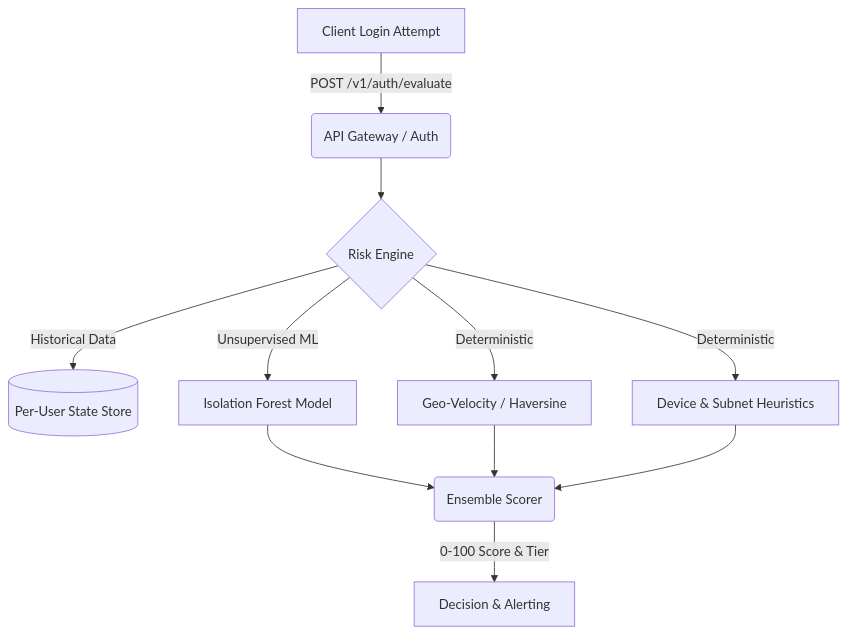
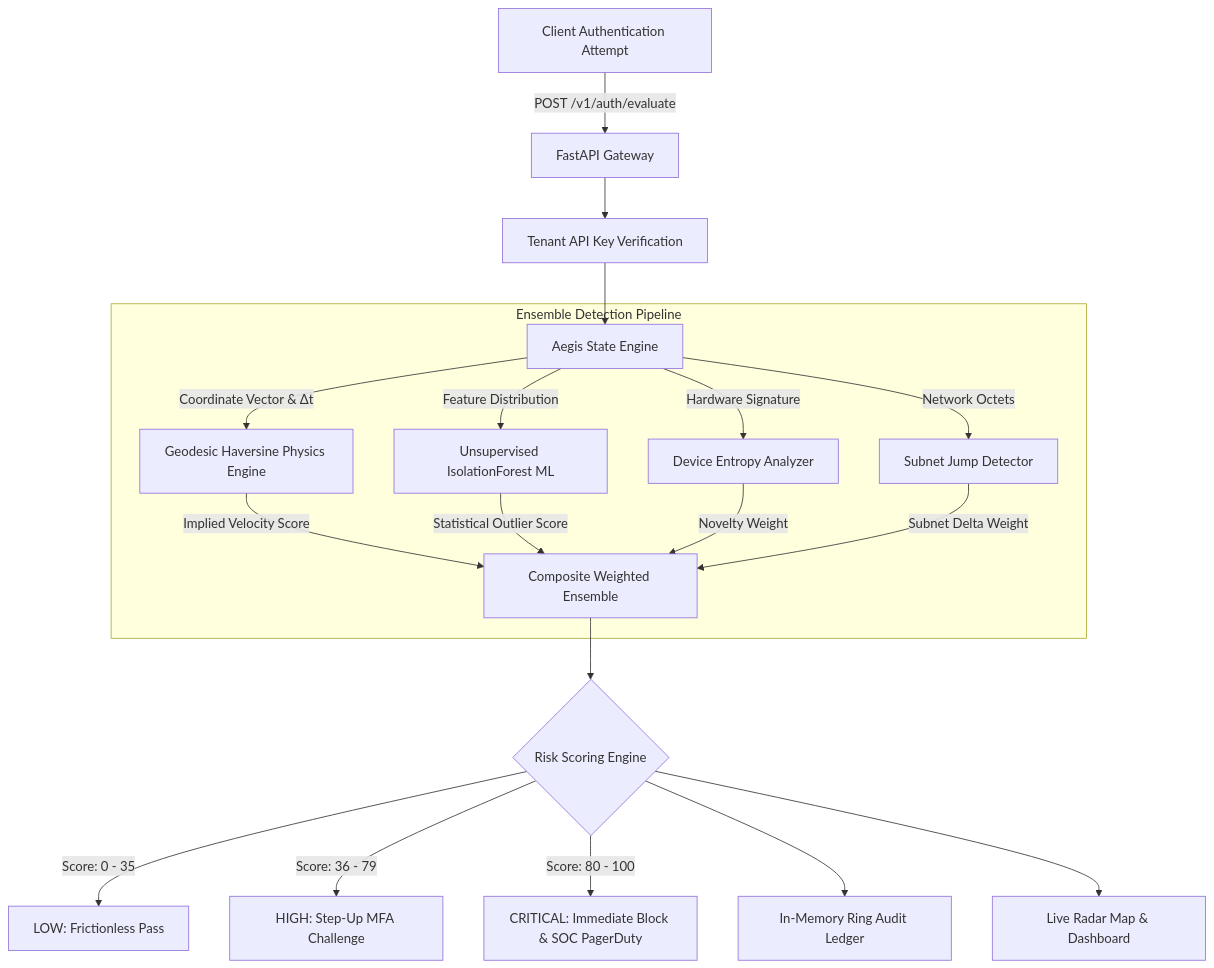
One commit to UtkarshOver9000/Aegis-Auth-Anomaly-Engine changed the diagram in README.md. Above: the diagram before and after it, drawn with Mermaid. The commit also changed other lines of this file and 7 other files, not shown here.

````diff
--- a/README.md
+++ b/README.md
@@ -39,13 +52,26 @@
 ```mermaid
-graph TD
-    A[Client Login Attempt] -->|POST /v1/auth/evaluate| B(API Gateway / Auth)
-    B --> C{Risk Engine}
-    C -->|Historical Data| D[(Per-User State Store)]
-    C -->|Unsupervised ML| E[Isolation Forest Model]
-    C -->|Deterministic| F[Geo-Velocity / Haversine]
-    C -->|Deterministic| G[Device & Subnet Heuristics]
-    E --> H(Ensemble Scorer)
-    F --> H
-    G --> H
-    H -->|0-100 Score & Tier| I[Decision & Alerting]
+flowchart TD
+    A[Client Authentication Attempt] -->|POST /v1/auth/evaluate| B[FastAPI Gateway]
+    B --> C[Tenant API Key Verification]
+    C --> D[Aegis State Engine]
+    
+    subgraph Ensemble Detection Pipeline
+        D -->|Coordinate Vector & Δt| E[Geodesic Haversine Physics Engine]
+        D -->|Feature Distribution| F[Unsupervised IsolationForest ML]
+        D -->|Hardware Signature| G[Device Entropy Analyzer]
+        D -->|Network Octets| H[Subnet Jump Detector]
+        
+        E -->|Implied Velocity Score| I[Composite Weighted Ensemble]
+        F -->|Statistical Outlier Score| I
+        G -->|Novelty Weight| I
+        H -->|Subnet Delta Weight| I
+    end
+    
+    I --> J{Risk Scoring Engine}
+    J -->|Score: 0 - 35| K[LOW: Frictionless Pass]
+    J -->|Score: 36 - 79| L[HIGH: Step-Up MFA Challenge]
+    J -->|Score: 80 - 100| M[CRITICAL: Immediate Block & SOC PagerDuty]
+    
+    J --> N[In-Memory Ring Audit Ledger]
+    J --> O[Live Radar Map & Dashboard]
 ```
````
